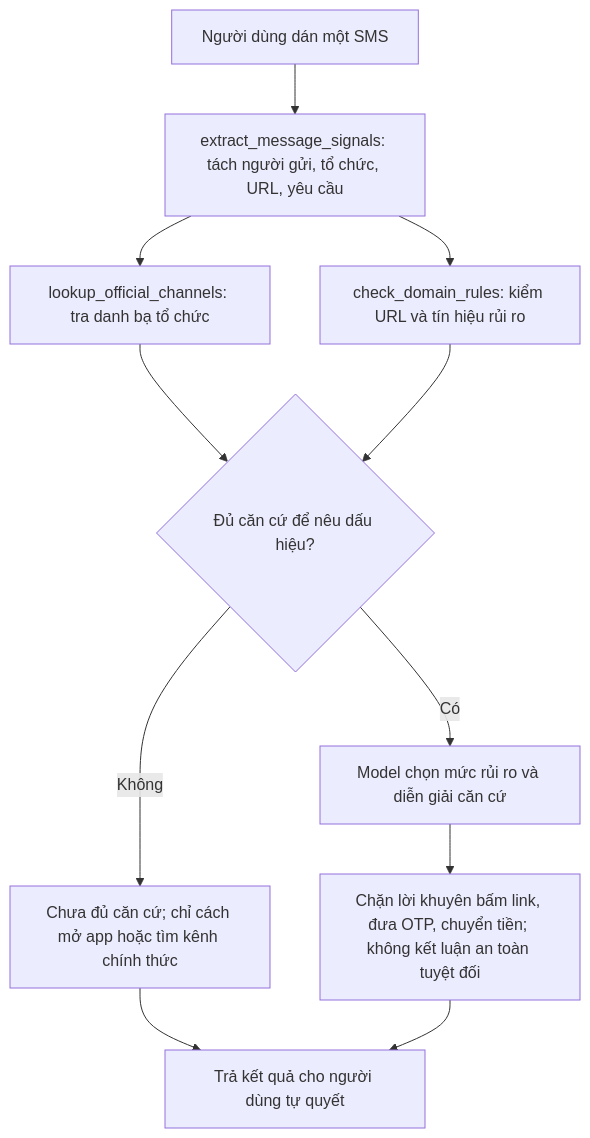
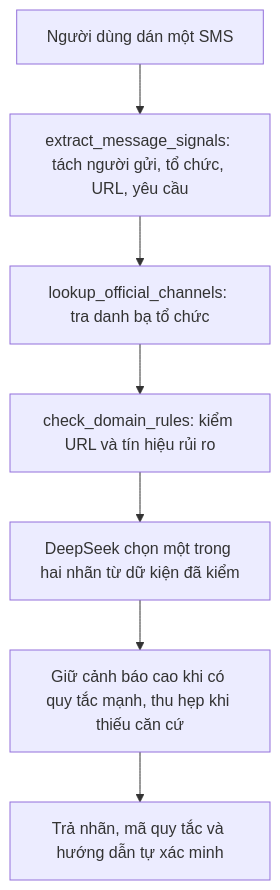
One commit to Minh8246/K5-Day15-L3A-F4VSB changed the diagram in spec.md. Above: the diagram before and after it, drawn with Mermaid. The commit also changed other lines of this file, not shown here.

Commit message:
docs(spec): Đồng bộ sơ đồ với luồng chạy CP3

````diff
--- a/spec.md
+++ b/spec.md
@@ -40,13 +40,9 @@
 ```mermaid
 flowchart TD
     A[Người dùng dán một SMS] --> B[extract_message_signals: tách người gửi, tổ chức, URL, yêu cầu]
     B --> C[lookup_official_channels: tra danh bạ tổ chức]
-    B --> D[check_domain_rules: kiểm URL và tín hiệu rủi ro]
-    C --> E{Đủ căn cứ để nêu dấu hiệu?}
-    D --> E
-    E -- Không --> F[Chưa đủ căn cứ; chỉ cách mở app hoặc tìm kênh chính thức]
-    E -- Có --> G[Model chọn mức rủi ro và diễn giải căn cứ]
-    G --> H[Chặn lời khuyên bấm link, đưa OTP, chuyển tiền; không kết luận an toàn tuyệt đối]
-    F --> I[Trả kết quả cho người dùng tự quyết]
-    H --> I
+    C --> D[check_domain_rules: kiểm URL và tín hiệu rủi ro]
+    D --> E[DeepSeek chọn một trong hai nhãn từ dữ kiện đã kiểm]
+    E --> F[Giữ cảnh báo cao khi có quy tắc mạnh, thu hẹp khi thiếu căn cứ]
+    F --> G[Trả nhãn, mã quy tắc và hướng dẫn tự xác minh]
 ```
````
